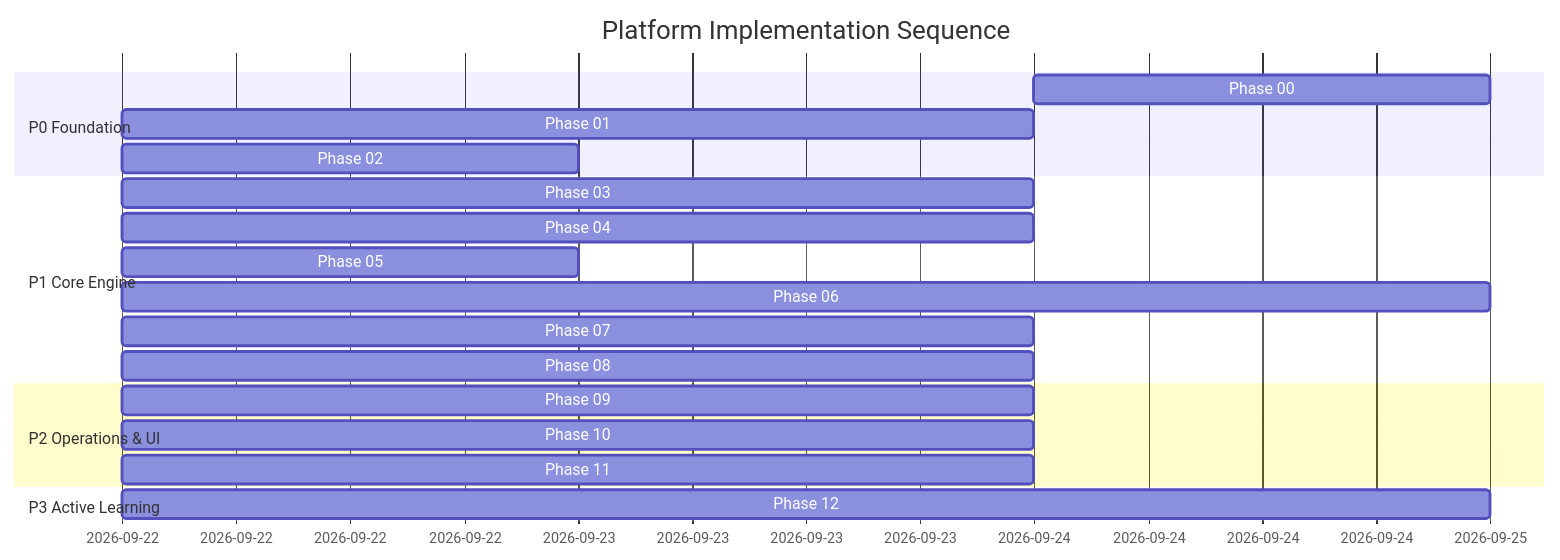
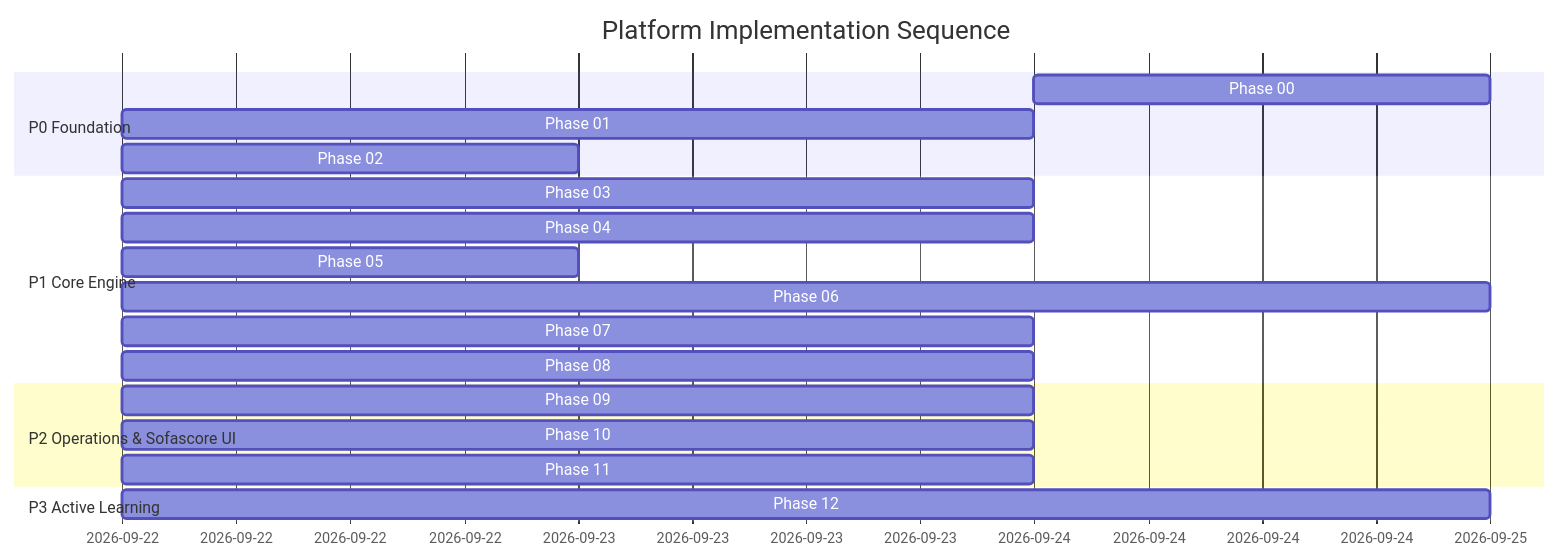
One commit to kara-india/football-prediction changed the second of 3 diagrams in docs/MASTER_DEVELOPMENT_PLAN.md. Above: the diagram before and after it, drawn with Mermaid. The commit also changed other lines of this file and 4 other files, not shown here.

Commit message:
docs: incorporate Sofascore UX and information architecture into master development plan

````diff
--- a/docs/MASTER_DEVELOPMENT_PLAN.md
+++ b/docs/MASTER_DEVELOPMENT_PLAN.md
@@ -168,22 +169,22 @@
 ```mermaid
 gantt
     title Platform Implementation Sequence
     dateFormat  YYYY-MM-DD
     section P0 Foundation
     Phase 00: Security & Repo Hardening      :p0, 2026-09-24, 1d
     Phase 01: Database & Migration Hardening :p1, after p0, 2d
     Phase 02: Quota Governance & Cost Safety  :p2, after p1, 1d
     section P1 Core Engine
     Phase 03: Zero-Cost Data Ingestion       :p3, after p2, 2d
     Phase 04: Target Odds (1xBet) Engine     :p4, after p3, 2d
     Phase 05: Lineup & Runtime Gatekeeper    :p5, after p4, 1d
     Phase 06: Core Statistical & Monte Carlo :p6, after p5, 3d
     Phase 07: Market Settlement & Edge Engine:p7, after p6, 2d
     Phase 08: Walk-Forward Validation        :p8, after p7, 2d
-    section P2 Operations & UI
+    section P2 Operations & Sofascore UI
     Phase 09: Background Worker Automation   :p9, after p8, 2d
     Phase 10: Production Hardening & Observ. :p10, after p9, 2d
-    Phase 11: Stealth Executive UI           :p11, after p10, 2d
+    Phase 11: Sofascore-Inspired Terminal UI :p11, after p10, 2d
     section P3 Active Learning
     Phase 12: RL & Contextual Bandit Policy  :p12, after p11, 3d
 ```
````
